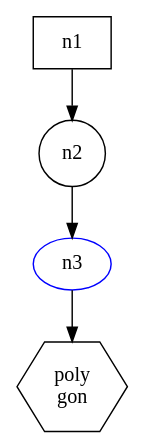
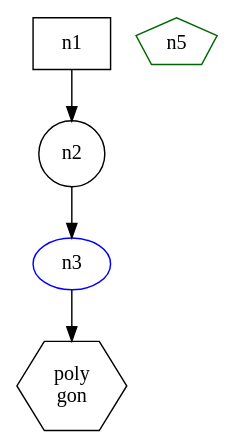
Before and after one commit to mark-summerfield/gviz: the diagram in eg/test-nl.gv, drawn with Graphviz. The commit also changed 3 other files, not shown here.

```diff
--- a/eg/test-nl.gv
+++ b/eg/test-nl.gv
@@ -1,11 +1,12 @@
 digraph {
 	n1 [shape=box]
 	n2 [shape=circle]
 		
 	n3 [shape=oval color=blue]
+	n5 [shape=polygon sides=5 color=darkgreen]
 	n4 [shape=polygon sides=6 label="poly\ngon"]
 	
 	n1 -> n2
 	n2 -> n3
 	n3 -> n4	
 }
```
